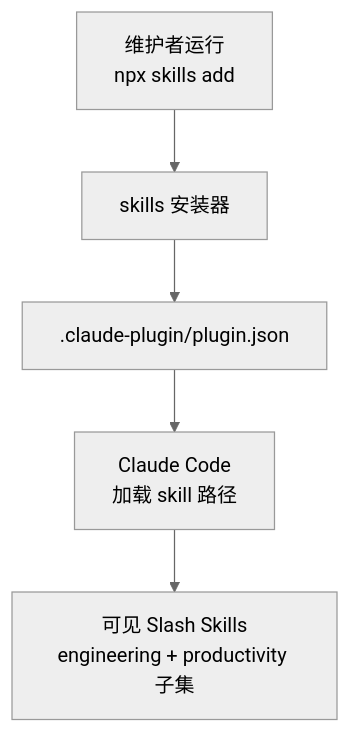
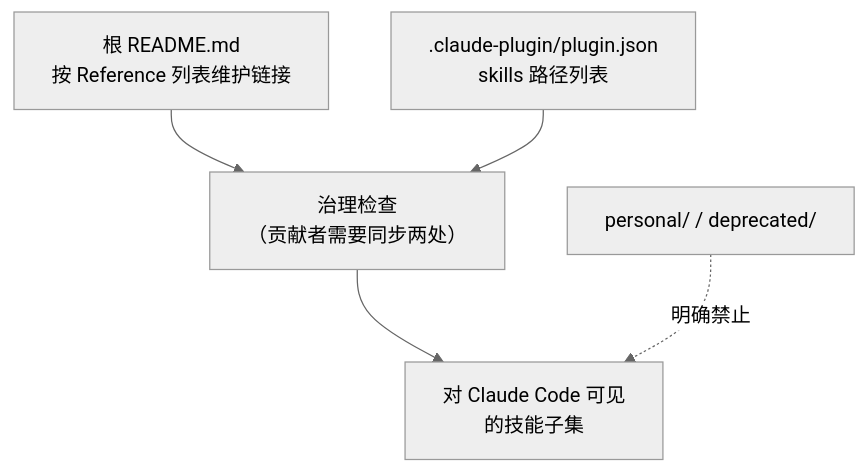
One commit to dragonforce2010/awesome-ai-repos-deepwiki changed the third of 7 diagrams in project-wiki/skills/exports/full-wiki.md. Above: the diagram before and after it, drawn with Mermaid (neutral theme). The commit also changed other lines of this file and 36 other files, not shown here.

````diff
--- a/project-wiki/skills/exports/full-wiki.md
+++ b/project-wiki/skills/exports/full-wiki.md
@@ -252,7 +464,7 @@
 ```mermaid
 flowchart TD
-  User["维护者运行<br/>npx skills add"] --> Installer["skills 安装器"]
-  Installer --> Plugin[".claude-plugin/plugin.json"]
-  Plugin --> CC["Claude Code<br/>加载 skill 路径"]
-  CC --> Slash["可见 Slash Skills<br/>engineering + productivity 子集"]
+  RD["根 README.md<br/>按 Reference 列表维护链接"] --> CHK["治理检查<br/>（贡献者需要同步两处）"]
+  PLG[".claude-plugin/plugin.json<br/>skills 路径列表"] --> CHK
+  CHK --> PUB["对 Claude Code 可见<br/>的技能子集"]
+  HID["personal/ / deprecated/"] -.->|"明确禁止"| PUB
 ```
````
